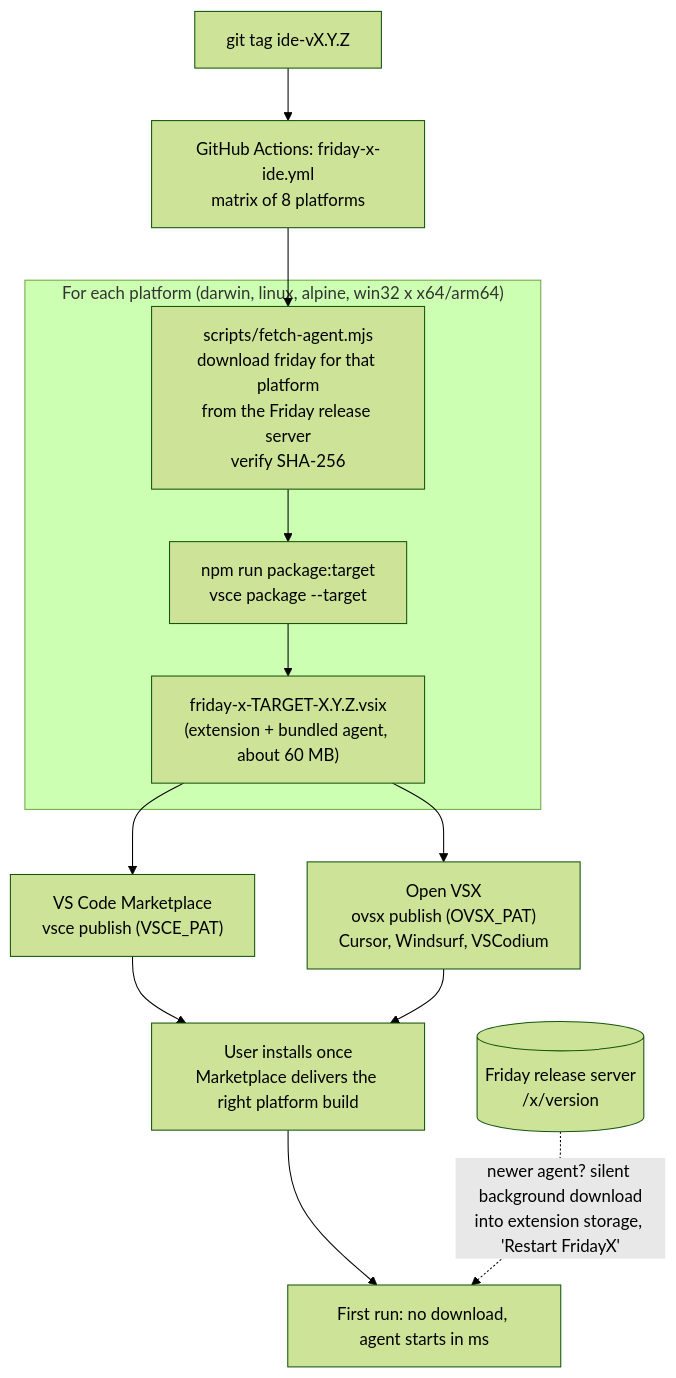
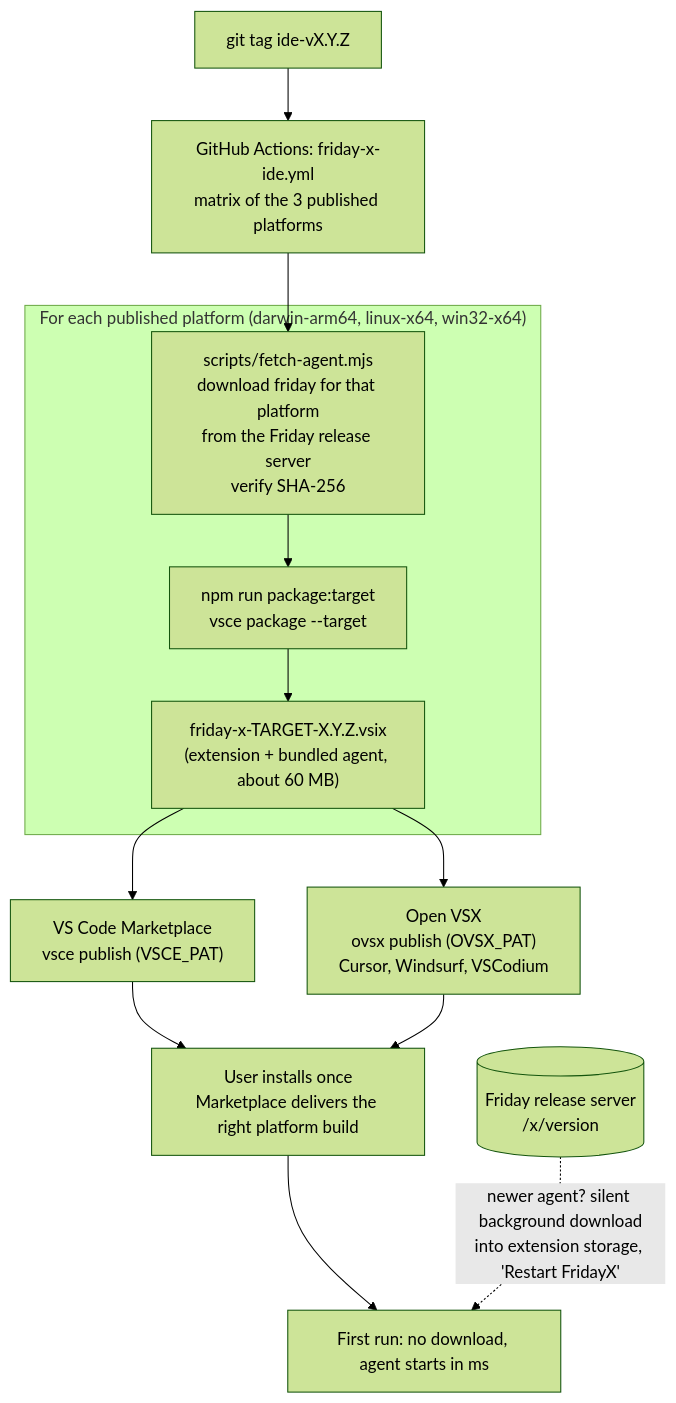
One commit to billionairestechnologies/Friday-ai changed the diagram in docs/diagrams/friday-x/25-friday-x-vscode-release.mmd. Above: the diagram before and after it, drawn with Mermaid (forest theme). The commit also changed 6 other files, not shown here.

First line of the commit message:
FridayX IDE CI: build only the platforms that have published agent binaries

```diff
--- a/docs/diagrams/friday-x/25-friday-x-vscode-release.mmd
+++ b/docs/diagrams/friday-x/25-friday-x-vscode-release.mmd
@@ -1,15 +1,15 @@
 flowchart TB
-  TAG["git tag ide-vX.Y.Z"] --> CI["GitHub Actions: friday-x-ide.yml<br/>matrix of 8 platforms"]
-  subgraph PERPLAT["For each platform (darwin, linux, alpine, win32 x x64/arm64)"]
+  TAG["git tag ide-vX.Y.Z"] --> CI["GitHub Actions: friday-x-ide.yml<br/>matrix of the 3 published platforms"]
+  subgraph PERPLAT["For each published platform (darwin-arm64, linux-x64, win32-x64)"]
     F["scripts/fetch-agent.mjs<br/>download friday for that platform<br/>from the Friday release server<br/>verify SHA-256"]
     B["npm run package:target<br/>vsce package --target"]
     F --> B
     B --> V["friday-x-TARGET-X.Y.Z.vsix<br/>(extension + bundled agent, about 60 MB)"]
   end
   CI --> F
   V --> M["VS Code Marketplace<br/>vsce publish (VSCE_PAT)"]
   V --> O["Open VSX<br/>ovsx publish (OVSX_PAT)<br/>Cursor, Windsurf, VSCodium"]
   M --> USER["User installs once<br/>Marketplace delivers the right platform build"]
   O --> USER
   USER --> RUN["First run: no download, agent starts in ms"]
   REL[("Friday release server<br/>/x/version")] -.->|"newer agent? silent background download<br/>into extension storage, 'Restart FridayX'"| RUN
```
